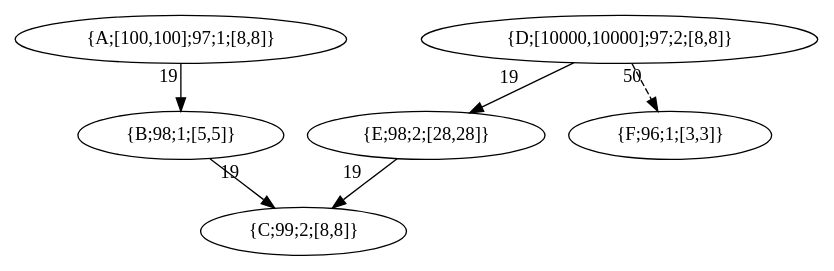
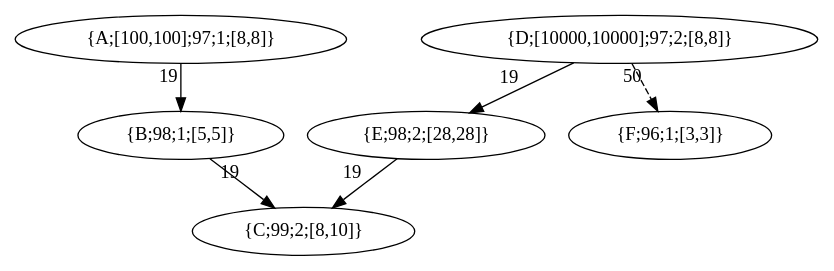
One commit to kevindadi/PPTPN changed the diagram in example/common.dot. Above: the diagram before and after it, drawn with Graphviz. The commit also changed 17 other files, not shown here.

First line of the commit message:
Remove the state graph definition for task `t.dot`

```diff
--- a/example/common.dot
+++ b/example/common.dot
@@ -1,13 +1,13 @@
 digraph G {
     A [label = "{A;[100,100];97;1;[8,8]}";];
     A -> B [xlabel = "19"; style = "";];
     B [label = "{B;98;1;[5,5]}";];
     B -> C [xlabel = "19"; style = "";];
-    C [label = "{C;99;2;[8,8]}";];
+    C [label = "{C;99;2;[8,10]}";];
     D [label = "{D;[10000,10000];97;2;[8,8]}";];
     D -> E [xlabel = "19"; style = "";];
     E [label = "{E;98;2;[28,28]}";];
     E -> C [xlabel = "19"; style = "";];
     D -> F [xlabel = "50"; style = "dashed";];
     F [label = "{F;96;1;[3,3]}";];
 }
```
